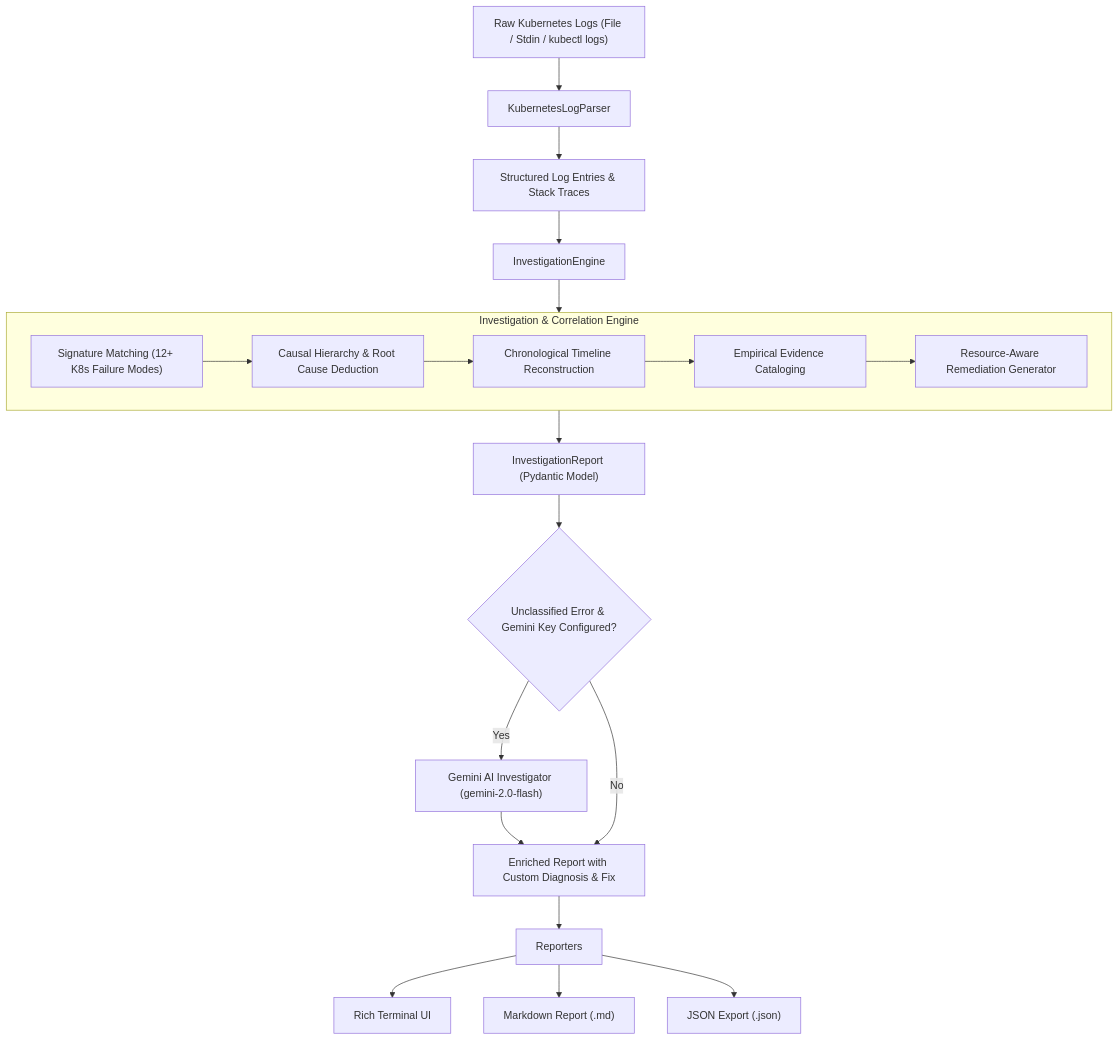
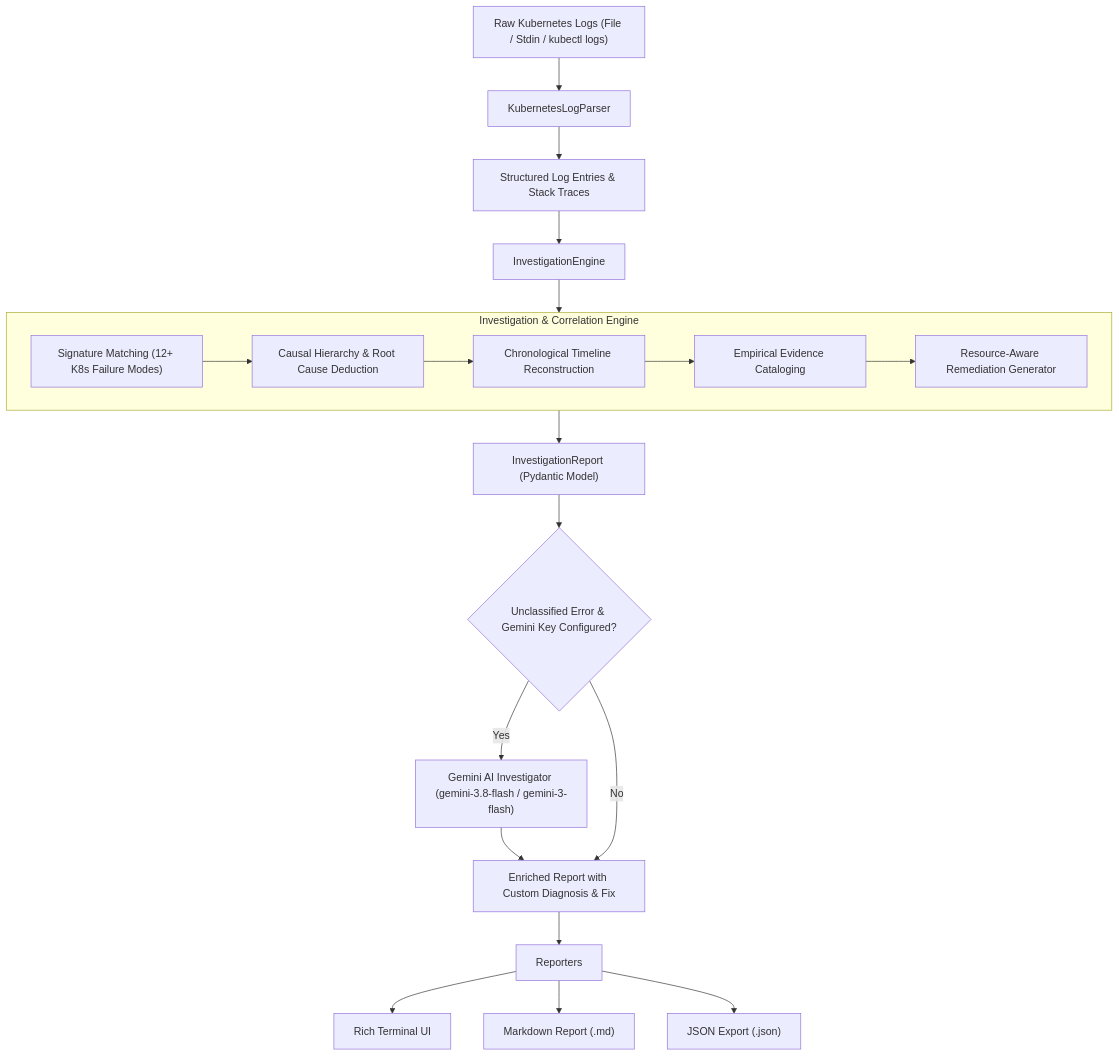
Before and after one commit to manjulearnings/kubernetes-investigation-agent: the diagram in README.md, drawn with Mermaid. The commit also changed 5 other files, not shown here.

Commit message:
docs: add comprehensive architecture documentation and diagrams

````diff
--- a/README.md
+++ b/README.md
@@ -38,24 +38,24 @@
 ```mermaid
 flowchart TD
     A["Raw Kubernetes Logs (File / Stdin / kubectl logs)"] --> B["KubernetesLogParser"]
     B --> C["Structured Log Entries & Stack Traces"]
     C --> D["InvestigationEngine"]
     subgraph Engine ["Investigation & Correlation Engine"]
         E["Signature Matching (12+ K8s Failure Modes)"]
         F["Causal Hierarchy & Root Cause Deduction"]
         G["Chronological Timeline Reconstruction"]
         H["Empirical Evidence Cataloging"]
         I["Resource-Aware Remediation Generator"]
         E --> F --> G --> H --> I
     end
     D --> Engine
     Engine --> J["InvestigationReport (Pydantic Model)"]
     J --> K{"Unclassified Error & Gemini Key Configured?"}
-    K -- Yes --> L["Gemini AI Investigator (gemini-2.0-flash)"]
+    K -- Yes --> L["Gemini AI Investigator (gemini-3.8-flash / gemini-3-flash)"]
     L --> M["Enriched Report with Custom Diagnosis & Fix"]
     K -- No --> M
     M --> N["Reporters"]
     N --> O["Rich Terminal UI"]
     N --> P["Markdown Report (.md)"]
     N --> Q["JSON Export (.json)"]
 ```
````
